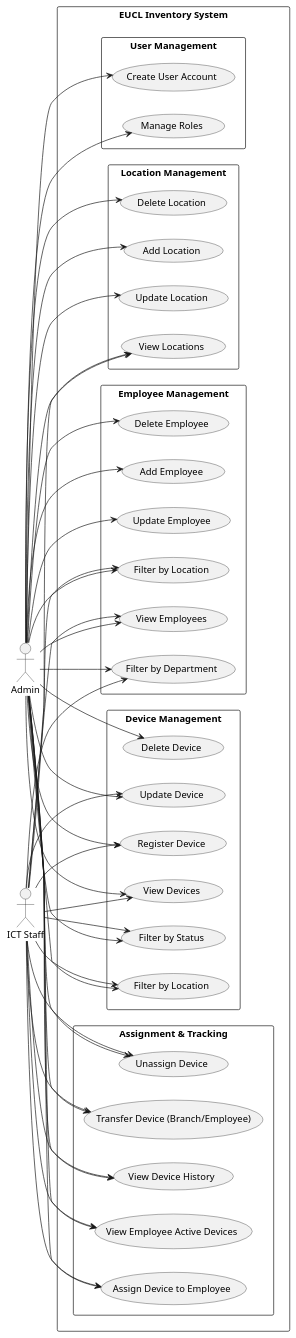
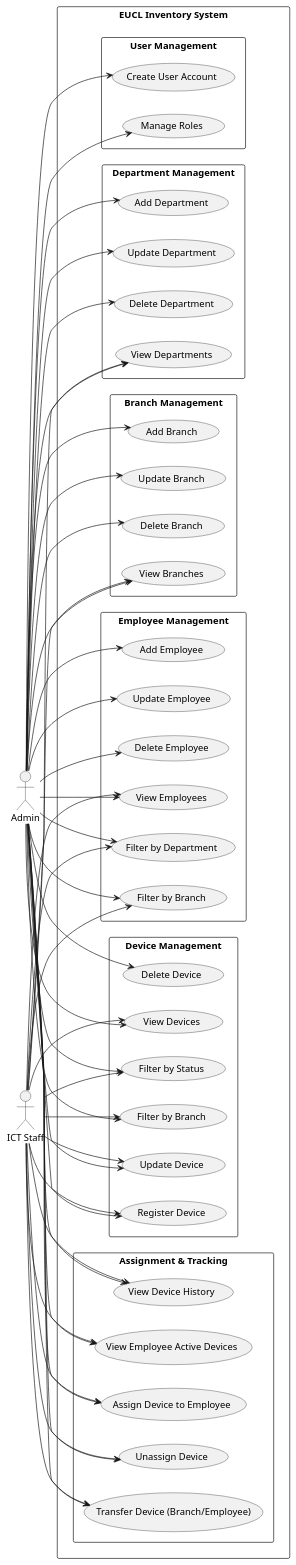
Before and after one commit to Noah-loic/Electronic-inventory-management: the diagram in EUCL/src/uml/use_case.puml, drawn with PlantUML. The commit also changed 4 other files, not shown here.

Commit message:
Add UML diagrams and update activity, class, ERD, and use case diagrams for inventory management add documentation for all the uml diagrams

```diff
--- a/EUCL/src/uml/use_case.puml
+++ b/EUCL/src/uml/use_case.puml
@@ -1,102 +1,116 @@
 @startuml UseCaseDiagram
 
 left to right direction
 skinparam packageStyle rectangle
 
 actor "Admin" as admin
 actor "ICT Staff" as ict
 
 rectangle "EUCL Inventory System" {
 
-    ' ─── Location Management ─────────────────────────
-    package "Location Management" {
-        usecase "Add Location" as UC1
-        usecase "View Locations" as UC2
-        usecase "Update Location" as UC3
-        usecase "Delete Location" as UC4
+    ' ─── Department Management ────────────────────────
+    package "Department Management" {
+        usecase "Add Department" as UC24
+        usecase "View Departments" as UC25
+        usecase "Update Department" as UC26
+        usecase "Delete Department" as UC27
+    }
+
+    ' ─── Branch Management ─────────────────────────
+    package "Branch Management" {
+        usecase "Add Branch" as UC1
+        usecase "View Branches" as UC2
+        usecase "Update Branch" as UC3
+        usecase "Delete Branch" as UC4
     }
 
     ' ─── Employee Management ─────────────────────────
     package "Employee Management" {
         usecase "Add Employee" as UC5
         usecase "View Employees" as UC6
         usecase "Filter by Department" as UC7
-        usecase "Filter by Location" as UC8
+        usecase "Filter by Branch" as UC8
         usecase "Update Employee" as UC9
         usecase "Delete Employee" as UC10
     }
 
     ' ─── Device Management ───────────────────────────
     package "Device Management" {
         usecase "Register Device" as UC11
         usecase "View Devices" as UC12
         usecase "Filter by Status" as UC13
-        usecase "Filter by Location" as UC14
+        usecase "Filter by Branch" as UC14
         usecase "Update Device" as UC15
         usecase "Delete Device" as UC16
     }
 
     ' ─── Assignment & Tracking ───────────────────────
     package "Assignment & Tracking" {
         usecase "Assign Device to Employee" as UC17
         usecase "Unassign Device" as UC18
         usecase "Transfer Device (Branch/Employee)" as UC19
         usecase "View Device History" as UC20
         usecase "View Employee Active Devices" as UC21
     }
 
     ' ─── User Management ─────────────────────────────
     package "User Management" {
         usecase "Create User Account" as UC22
         usecase "Manage Roles" as UC23
     }
 }
 
 ' ─── Admin access ────────────────────────────────────
+admin --> UC24
+admin --> UC25
+admin --> UC26
+admin --> UC27
+
 admin --> UC1
 admin --> UC2
 admin --> UC3
 admin --> UC4
 
 admin --> UC5
 admin --> UC6
 admin --> UC7
 admin --> UC8
 admin --> UC9
 admin --> UC10
 
 admin --> UC11
 admin --> UC12
 admin --> UC13
 admin --> UC14
 admin --> UC15
 admin --> UC16
 
 admin --> UC17
 admin --> UC18
 admin --> UC19
 admin --> UC20
 admin --> UC21
 
 admin --> UC22
 admin --> UC23
 
 ' ─── ICT Staff access ────────────────────────────────
+ict --> UC25
 ict --> UC2
 ict --> UC6
 ict --> UC7
 ict --> UC8
 
 ict --> UC11
 ict --> UC12
 ict --> UC13
 ict --> UC14
 ict --> UC15
 
 ict --> UC17
 ict --> UC18
 ict --> UC19
 ict --> UC20
 ict --> UC21
 
 @enduml
```
